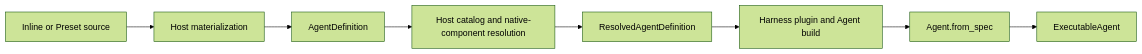
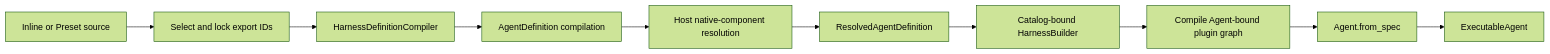
Before and after one commit to LTThreeComma/agent-foundation: the first of 3 diagrams in spec/agent-harness/03-agent-definition-and-build.md, drawn with Mermaid (forest theme). The commit also changed other lines of this file and 19 other files, not shown here.

````diff
--- a/spec/agent-harness/03-agent-definition-and-build.md
+++ b/spec/agent-harness/03-agent-definition-and-build.md
@@ -9,10 +9,12 @@
 ```mermaid
 flowchart LR
-    Input[Inline or Preset source] --> Materialize[Host materialization]
-    Materialize --> Definition[AgentDefinition]
-    Definition --> Resolve[Host catalog and native-component resolution]
+    Input[Inline or Preset source] --> Select[Select and lock export IDs]
+    Select --> Compiler[HarnessDefinitionCompiler]
+    Compiler --> Definition[AgentDefinition compilation]
+    Definition --> Resolve[Host native-component resolution]
     Resolve --> Resolved[ResolvedAgentDefinition]
-    Resolved --> Build[Harness plugin and Agent build]
-    Build --> PAI[Agent.from_spec]
+    Resolved --> Build[Catalog-bound HarnessBuilder]
+    Build --> Plugins[Compile Agent-bound plugin graph]
+    Plugins --> PAI[Agent.from_spec]
     PAI --> Executable[ExecutableAgent]
 ```
````
